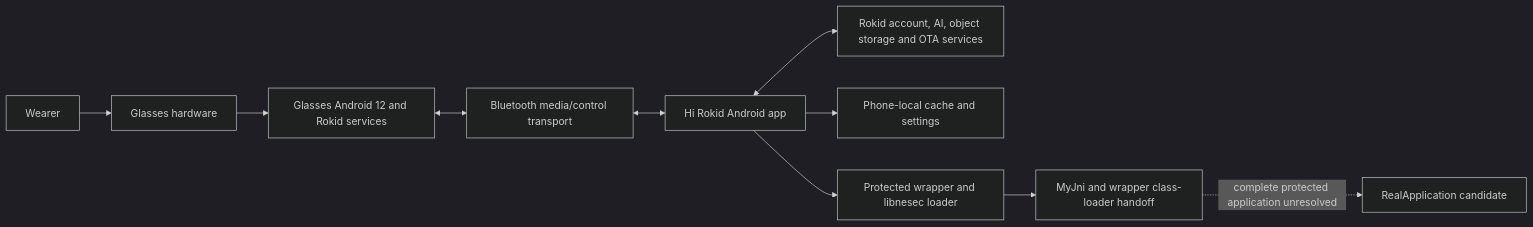
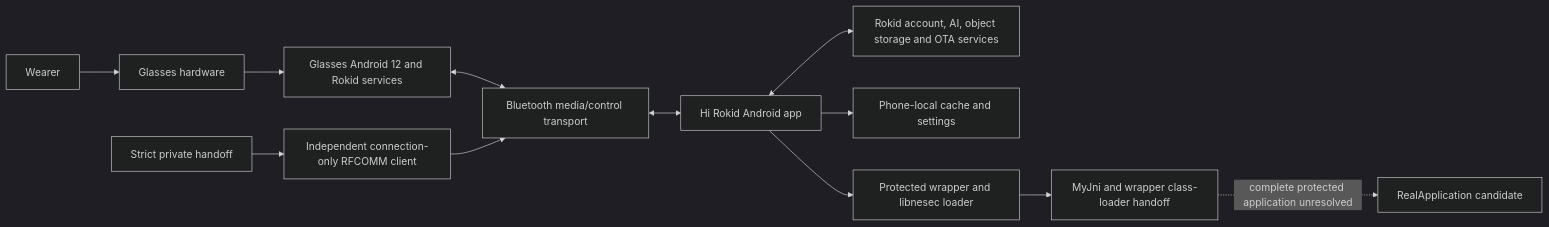
Before and after one commit to aimindseye/rokid-ai-glasses: the first of 3 diagrams in ARCHITECTURE.md, drawn with Mermaid (dark theme). The commit also changed other lines of this file and 10 other files, not shown here.

````diff
--- a/ARCHITECTURE.md
+++ b/ARCHITECTURE.md
@@ -9,13 +9,16 @@
 ```mermaid
 flowchart LR
     U[Wearer] --> G[Glasses hardware]
     G --> GO[Glasses Android 12 and Rokid services]
     GO <--> T[Bluetooth media/control transport]
     T <--> P[Hi Rokid Android app]
     P <--> C[Rokid account, AI, object storage and OTA services]
     P --> L[Phone-local cache and settings]
 
     P --> W[Protected wrapper and libnesec loader]
     W --> J[MyJni and wrapper class-loader handoff]
     J -. complete protected application unresolved .-> R[RealApplication candidate]
+
+    H[Strict private handoff] --> I[Independent connection-only RFCOMM client]
+    I --> T
 ```
````
